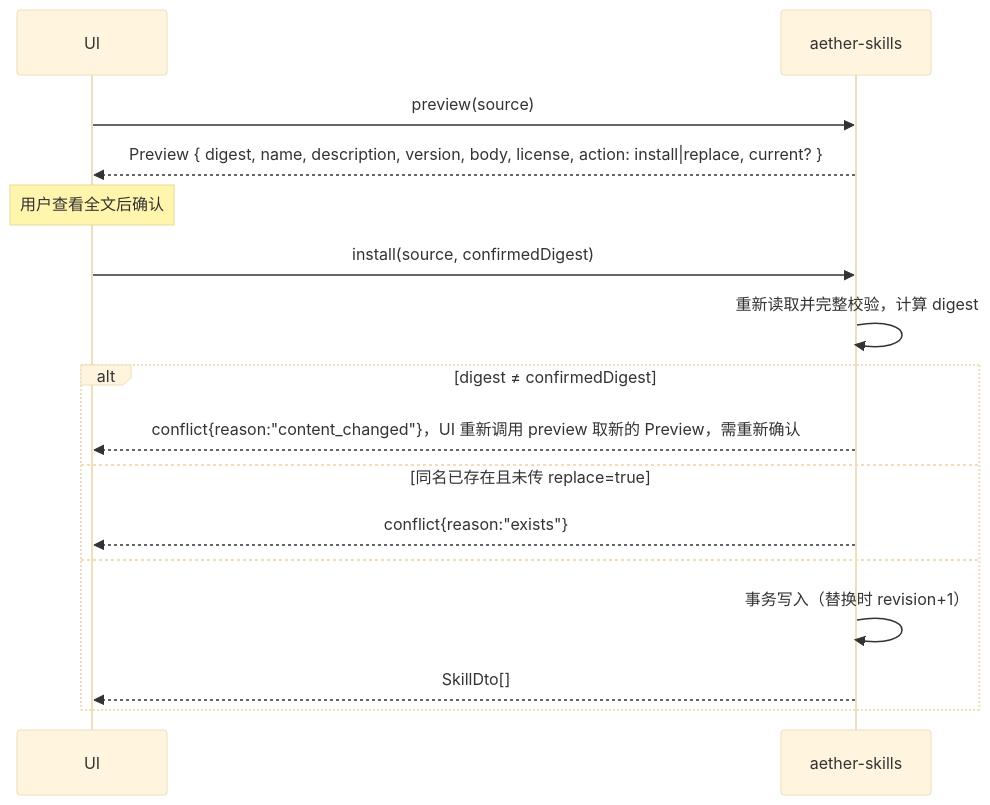
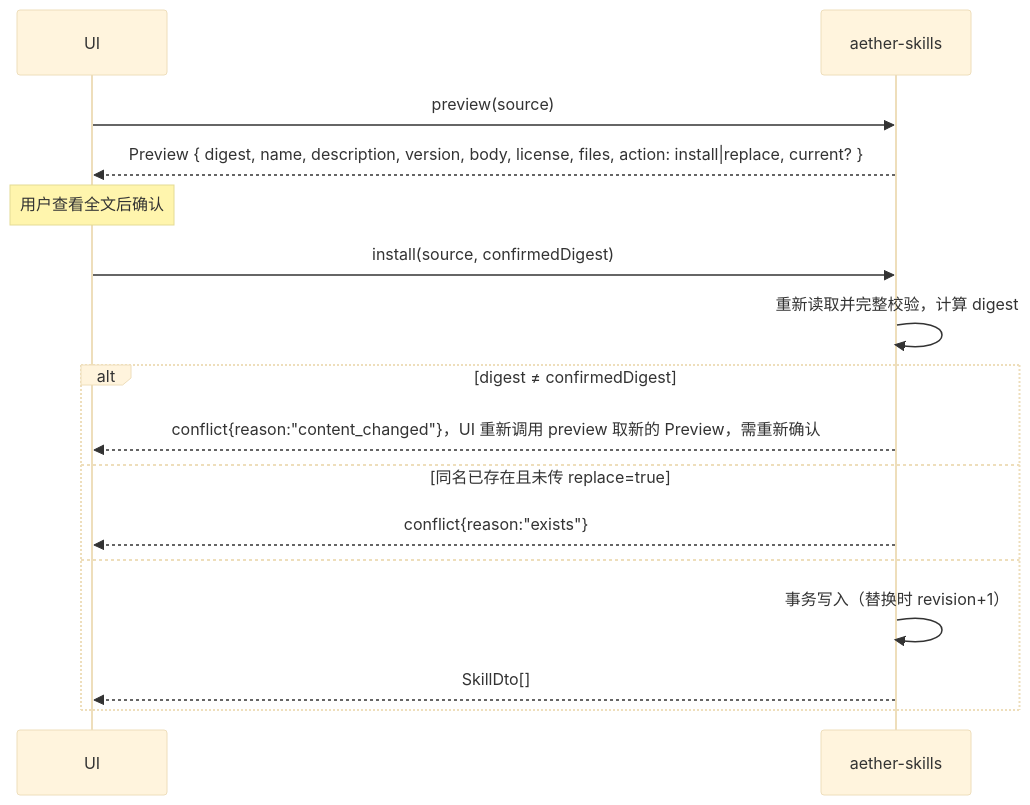
Before and after one commit to ouraihub/Aether: the diagram in docs/14-详细设计-kit-skills.md, drawn with Mermaid (base theme). The commit also changed other lines of this file and 24 other files, not shown here.

````diff
--- a/docs/14-详细设计-kit-skills.md
+++ b/docs/14-详细设计-kit-skills.md
@@ -80,18 +108,18 @@
 ```mermaid
 sequenceDiagram
   participant UI
   participant S as aether-skills
   UI->>S: preview(source)
-  S-->>UI: Preview { digest, name, description, version, body, license, action: install|replace, current? }
+  S-->>UI: Preview { digest, name, description, version, body, license, files, action: install|replace, current? }
   Note over UI: 用户查看全文后确认
   UI->>S: install(source, confirmedDigest)
   S->>S: 重新读取并完整校验，计算 digest
   alt digest ≠ confirmedDigest
     S-->>UI: conflict{reason:"content_changed"}，UI 重新调用 preview 取新的 Preview，需重新确认
   else 同名已存在且未传 replace=true
     S-->>UI: conflict{reason:"exists"}
   else
     S->>S: 事务写入（替换时 revision+1）
     S-->>UI: SkillDto[]
   end
 ```
````
